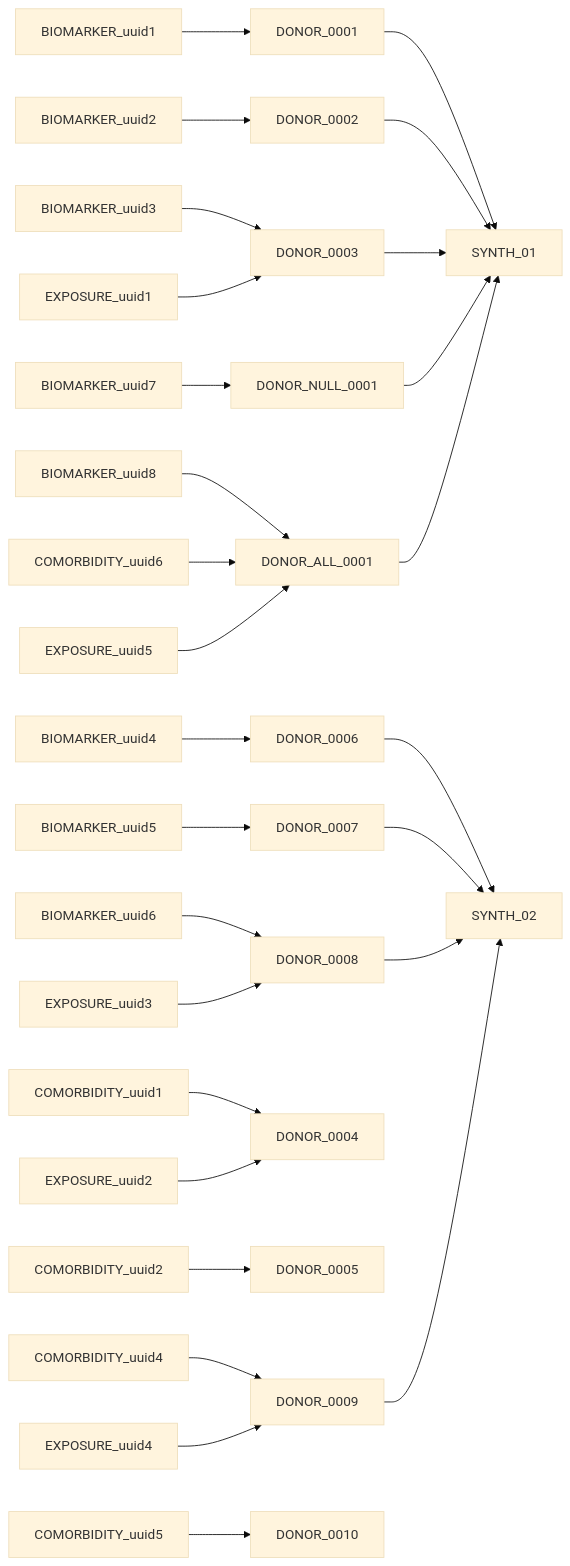
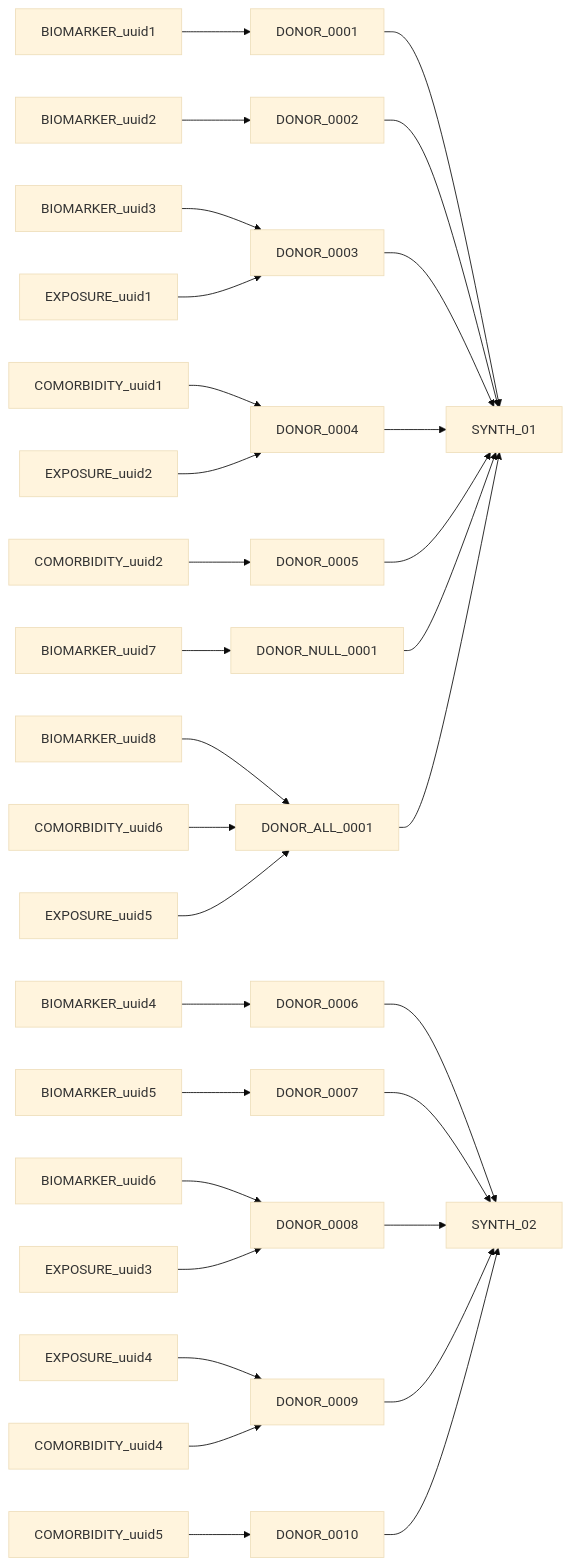
The ninth of 9 diagrams in chord_metadata_service/mohpackets/data/extra_small_dataset/README.md (CanDIG/katsu), drawn with Mermaid (base theme) before and after one commit.

Commit message:
graph fix

````diff
--- a/chord_metadata_service/mohpackets/data/extra_small_dataset/README.md
+++ b/chord_metadata_service/mohpackets/data/extra_small_dataset/README.md
@@ -155,23 +155,31 @@
 ```mermaid
 graph LR;  
   BIOMARKER_uuid1 --> DONOR_0001 --> SYNTH_01;
   BIOMARKER_uuid2 --> DONOR_0002 --> SYNTH_01;
   BIOMARKER_uuid3 --> DONOR_0003 --> SYNTH_01;
+  EXPOSURE_uuid1 --> DONOR_0003;
+  COMORBIDITY_uuid1 --> DONOR_0004 --> SYNTH_01;
+  EXPOSURE_uuid2 --> DONOR_0004;
+  COMORBIDITY_uuid2 --> DONOR_0005 --> SYNTH_01;
   BIOMARKER_uuid4 --> DONOR_0006 --> SYNTH_02;
   BIOMARKER_uuid5 --> DONOR_0007 --> SYNTH_02;
   BIOMARKER_uuid6 --> DONOR_0008 --> SYNTH_02;
+  EXPOSURE_uuid3 --> DONOR_0008;
+  EXPOSURE_uuid4 --> DONOR_0009 --> SYNTH_02;
+  COMORBIDITY_uuid4 --> DONOR_0009;
+  COMORBIDITY_uuid5 --> DONOR_0010 --> SYNTH_02;
   BIOMARKER_uuid7 --> DONOR_NULL_0001 --> SYNTH_01;
   BIOMARKER_uuid8 --> DONOR_ALL_0001 --> SYNTH_01;
-  
-  COMORBIDITY_uuid1 --> DONOR_0004;
-  COMORBIDITY_uuid2 --> DONOR_0005;
-  COMORBIDITY_uuid4 --> DONOR_0009;
-  COMORBIDITY_uuid5 --> DONOR_0010;
   COMORBIDITY_uuid6 --> DONOR_ALL_0001;
   
-  EXPOSURE_uuid1 --> DONOR_0003;
-  EXPOSURE_uuid2 --> DONOR_0004;
-  EXPOSURE_uuid3 --> DONOR_0008;
-  EXPOSURE_uuid4 --> DONOR_0009 --> SYNTH_02;
+  
+  
+  
+  
+  
+  
+  
+  
+  
   EXPOSURE_uuid5 --> DONOR_ALL_0001;
 ```
````
